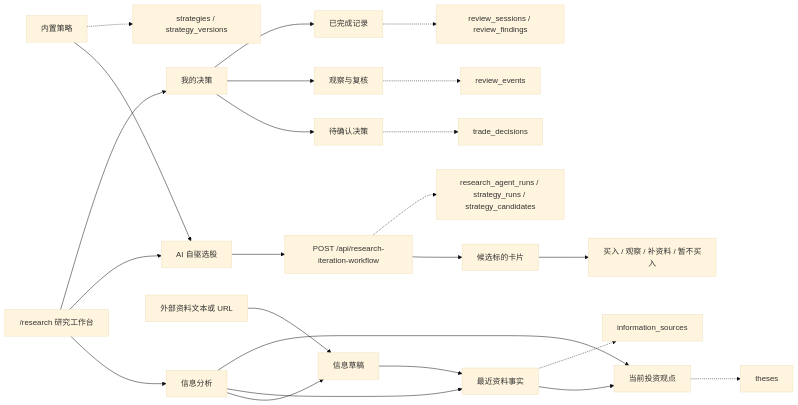
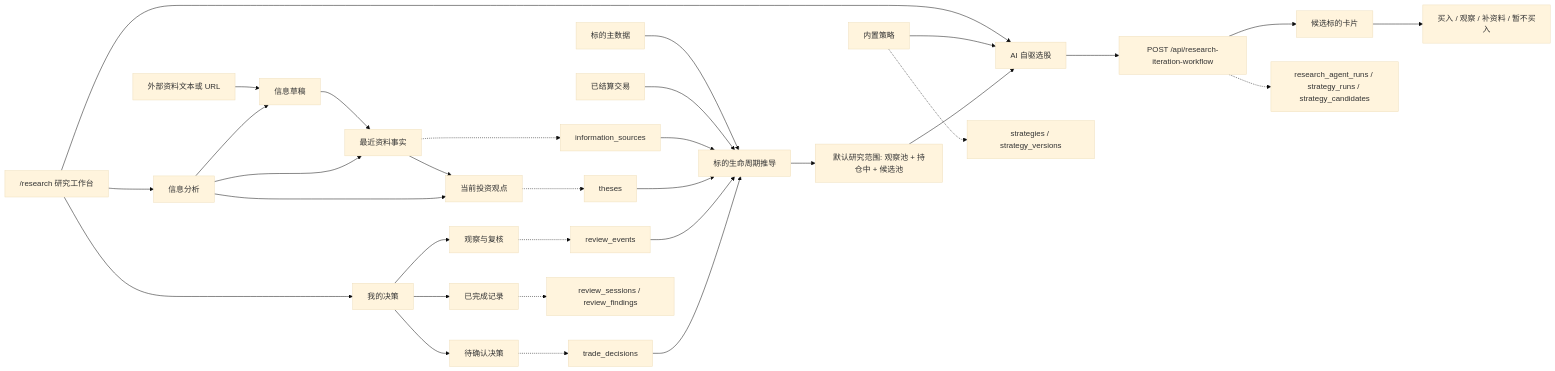
One commit to wongziu/Personal-Financial-Tools changed the fourth of 8 diagrams in docs/function-knowledge-graph.md. Above: the diagram before and after it, drawn with Mermaid (base theme). The commit also changed other lines of this file and 9 other files, not shown here.

````diff
--- a/docs/function-knowledge-graph.md
+++ b/docs/function-knowledge-graph.md
@@ -128,30 +132,39 @@
 ```mermaid
 flowchart LR
   ResearchWorkspace["/research 研究工作台"] --> InfoAnalysis["信息分析"]
   ResearchWorkspace --> AiPicks["AI 自驱选股"]
   ResearchWorkspace --> MyDecisions["我的决策"]
+
+  Securities["标的主数据"] --> Lifecycle["标的生命周期推导"]
+  Transactions["已结算交易"] --> Lifecycle
+  Sources["information_sources"] --> Lifecycle
+  Theses["theses"] --> Lifecycle
+  ReviewEvents["review_events"] --> Lifecycle
+  TradeDecisions["trade_decisions"] --> Lifecycle
 
   ExternalText["外部资料文本或 URL"] --> InfoDraft["信息草稿"]
   InfoDraft --> Facts["最近资料事实"]
   Facts --> Opinions["当前投资观点"]
   InfoAnalysis --> InfoDraft
   InfoAnalysis --> Facts
   InfoAnalysis --> Opinions
 
   BuiltInStrategies["内置策略"] --> AiPicks
+  Lifecycle --> UniverseFilter["默认研究范围: 观察池 + 持仓中 + 候选池"]
+  UniverseFilter --> AiPicks
   AiPicks --> StrategyRunApi["POST /api/research-iteration-workflow"]
   StrategyRunApi --> CandidateCards["候选标的卡片"]
   CandidateCards --> ActionAdvice["买入 / 观察 / 补资料 / 暂不买入"]
 
   MyDecisions --> PendingDecisions["待确认决策"]
   MyDecisions --> ReviewReminders["观察与复核"]
   MyDecisions --> CompletedRecords["已完成记录"]
 
-  Facts -.-> Sources["information_sources"]
-  Opinions -.-> Theses["theses"]
+  Facts -.-> Sources
+  Opinions -.-> Theses
   BuiltInStrategies -.-> Strategies["strategies / strategy_versions"]
   StrategyRunApi -.-> StrategyAudit["research_agent_runs / strategy_runs / strategy_candidates"]
   PendingDecisions -.-> TradeDecisions["trade_decisions"]
   ReviewReminders -.-> ReviewEvents["review_events"]
   CompletedRecords -.-> ReviewSessions["review_sessions / review_findings"]
 ```
````
